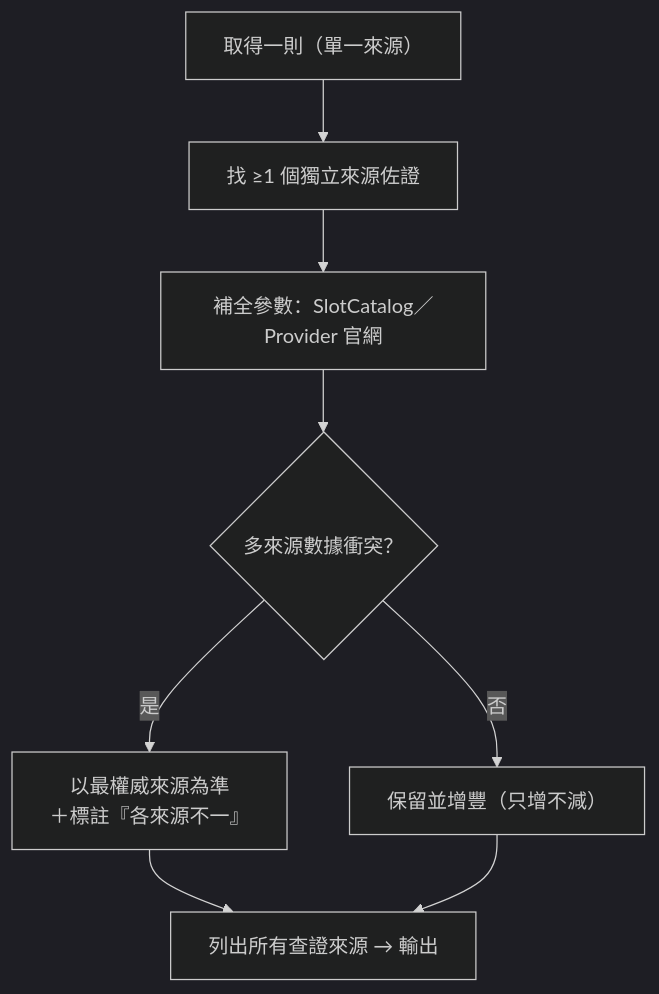
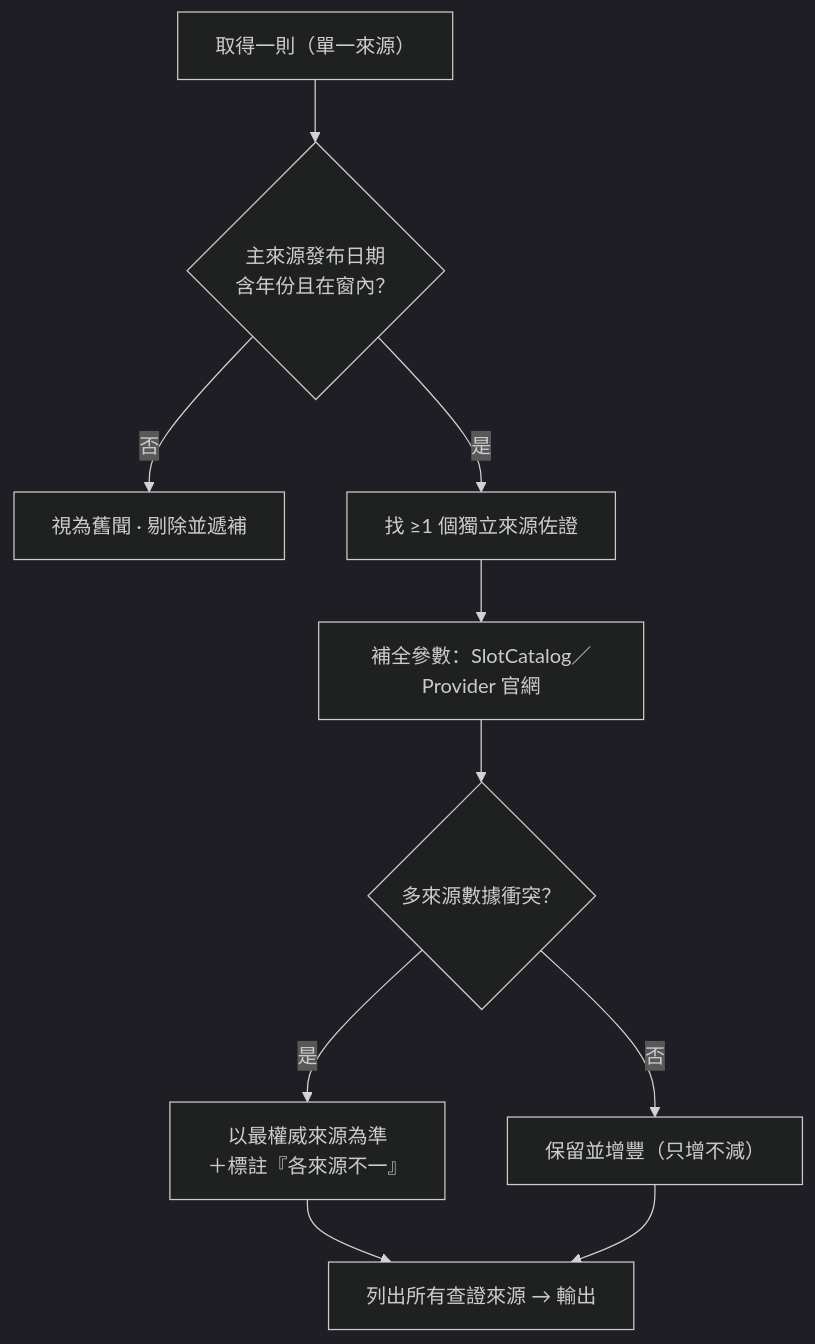
The fourth of 5 diagrams in OutputLogic.md (igaming-pulse/igaming-daily), drawn with Mermaid (dark theme) before and after one commit. The commit also changed other lines of this file and 4 other files, not shown here.

````diff
--- a/OutputLogic.md
+++ b/OutputLogic.md
@@ -54,10 +54,12 @@
 ```mermaid
 flowchart TD
-  X["取得一則（單一來源）"] --> Y["找 ≥1 個獨立來源佐證"]
+  X["取得一則（單一來源）"] --> D{"主來源發布日期<br/>含年份且在窗內？"}
+  D -- 否 --> DX["視為舊聞 · 剔除並遞補"]
+  D -- 是 --> Y["找 ≥1 個獨立來源佐證"]
   Y --> Z["補全參數：SlotCatalog／Provider 官網"]
   Z --> W{"多來源數據衝突？"}
   W -- 是 --> W1["以最權威來源為準<br/>＋標註『各來源不一』"]
   W -- 否 --> W2["保留並增豐（只增不減）"]
   W1 --> O["列出所有查證來源 → 輸出"]
   W2 --> O
 ```
````
